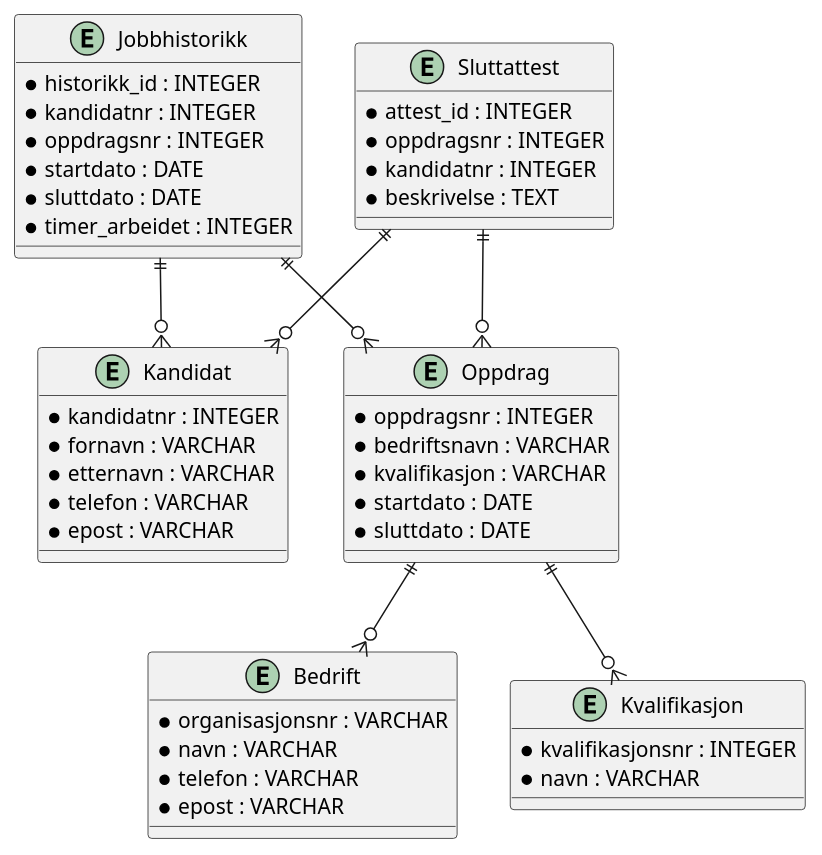
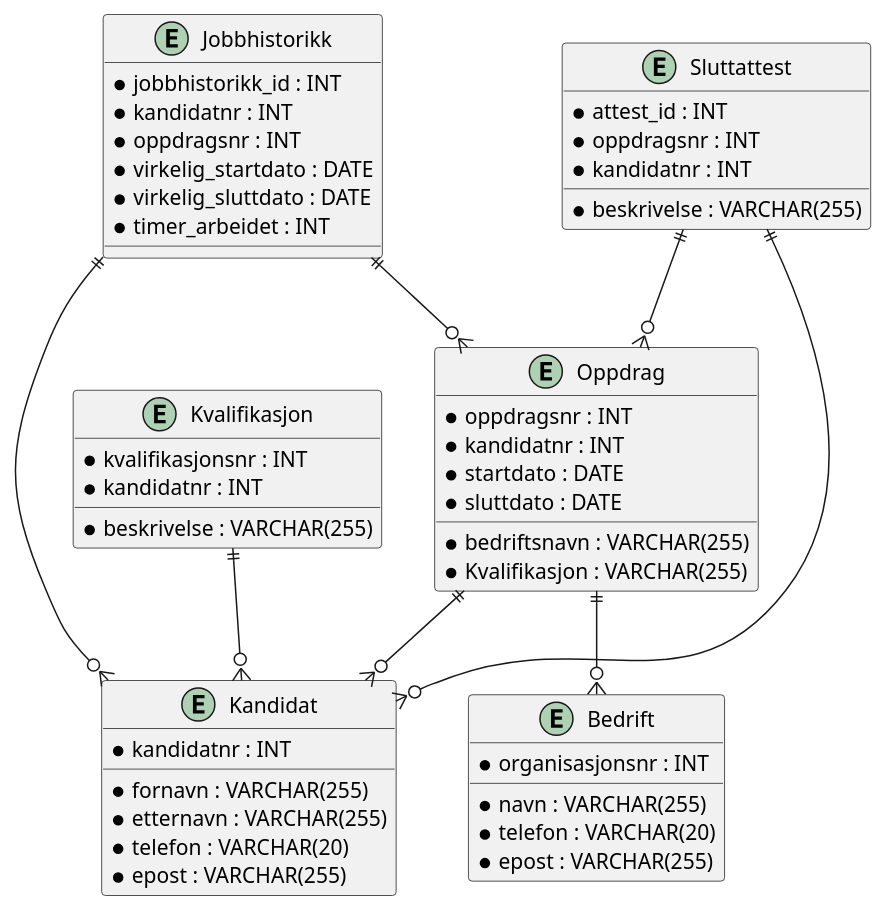
The diagram in vikartjeneste/ER.puml (Segward/mysql-practices), drawn with PlantUML before and after one commit. The commit also changed 2 other files, not shown here.

Commit message:
Updated ER and sql code for vikartjeneste

```diff
--- a/vikartjeneste/ER.puml
+++ b/vikartjeneste/ER.puml
@@ -1,56 +1,62 @@
 @startuml
 
 entity Kandidat {
-    * kandidatnr : INTEGER
-    * fornavn : VARCHAR
-    * etternavn : VARCHAR
-    * telefon : VARCHAR
-    * epost : VARCHAR
+    * kandidatnr : INT
+    * fornavn : VARCHAR(255)
+    * etternavn : VARCHAR(255)
+    * telefon : VARCHAR(20)
+    * epost : VARCHAR(255)
 }
 
 entity Bedrift {
-    * organisasjonsnr : VARCHAR
-    * navn : VARCHAR
-    * telefon : VARCHAR
-    * epost : VARCHAR
+    * navn : VARCHAR(255)
+    * organisasjonsnr : INT
+    * telefon : VARCHAR(20)
+    * epost : VARCHAR(255)
 }
 
 entity Kvalifikasjon {
-    * kvalifikasjonsnr : INTEGER
-    * navn : VARCHAR
+    * kvalifikasjonsnr : INT
+    * kandidatnr : INT
+    * beskrivelse : VARCHAR(255)
 }
 
 entity Oppdrag {
-    * oppdragsnr : INTEGER
-    * bedriftsnavn : VARCHAR
-    * kvalifikasjon : VARCHAR
+    * oppdragsnr : INT
+    * kandidatnr : INT
+    * bedriftsnavn : VARCHAR(255)
+    * Kvalifikasjon : VARCHAR(255)
     * startdato : DATE
     * sluttdato : DATE
 }
 
 entity Jobbhistorikk {
-    * historikk_id : INTEGER
-    * kandidatnr : INTEGER
-    * oppdragsnr : INTEGER
-    * startdato : DATE
-    * sluttdato : DATE
-    * timer_arbeidet : INTEGER
+    * jobbhistorikk_id : INT
+    * kandidatnr : INT
+    * oppdragsnr : INT
+    * virkelig_startdato : DATE
+    * virkelig_sluttdato : DATE
+    * timer_arbeidet : INT
 }
 
 entity Sluttattest {
-    * attest_id : INTEGER
-    * oppdragsnr : INTEGER
-    * kandidatnr : INTEGER
-    * beskrivelse : TEXT
+    * attest_id : INT
+    * oppdragsnr : INT
+    * kandidatnr : INT
+    * beskrivelse : VARCHAR(255)
 }
 
+Oppdrag ||--o{ Kandidat
 Oppdrag ||--o{ Bedrift
-Oppdrag ||--o{ Kvalifikasjon
 
 Jobbhistorikk ||--o{ Kandidat
 Jobbhistorikk ||--o{ Oppdrag
 
+Kvalifikasjon ||--o{ Kandidat
+
 Sluttattest ||--o{ Kandidat
 Sluttattest ||--o{ Oppdrag
 
+
+
 @enduml
```
